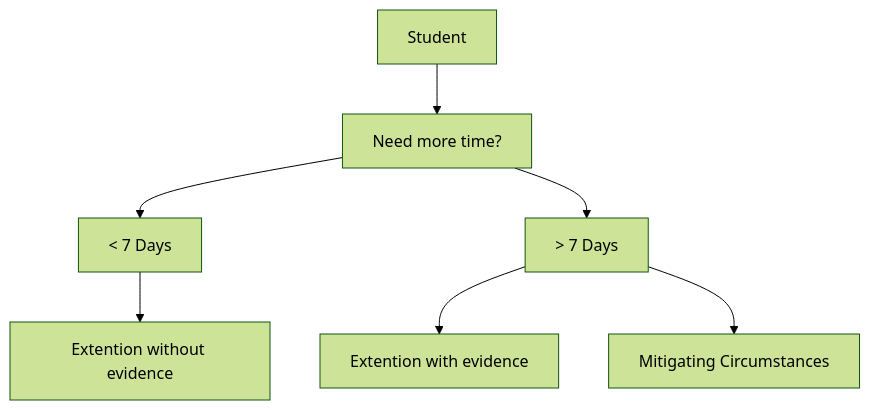
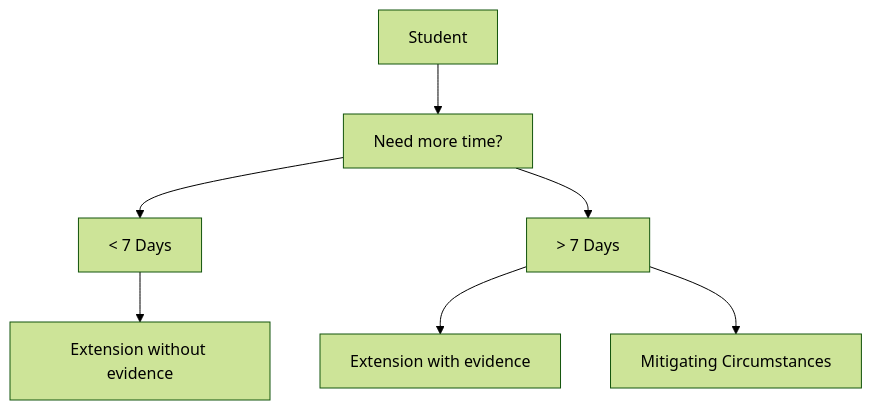
One commit to IainSimpsonCode/UCLanSU changed the third of 3 diagrams in MC-Research.md. Above: the diagram before and after it, drawn with Mermaid (forest theme). The commit also changed other lines of this file, not shown here.

````diff
--- a/MC-Research.md
+++ b/MC-Research.md
@@ -116,9 +116,9 @@
 ```mermaid
 flowchart TD
     A[Student] --> B[Need more time?];
     B --> C[< 7 Days];
     B --> D[> 7 Days];
-    C --> E[Extention without evidence];
-    D --> G[Extention with evidence];
+    C --> E[Extension without evidence];
+    D --> G[Extension with evidence];
     D --> F[Mitigating Circumstances]
 ```
````
